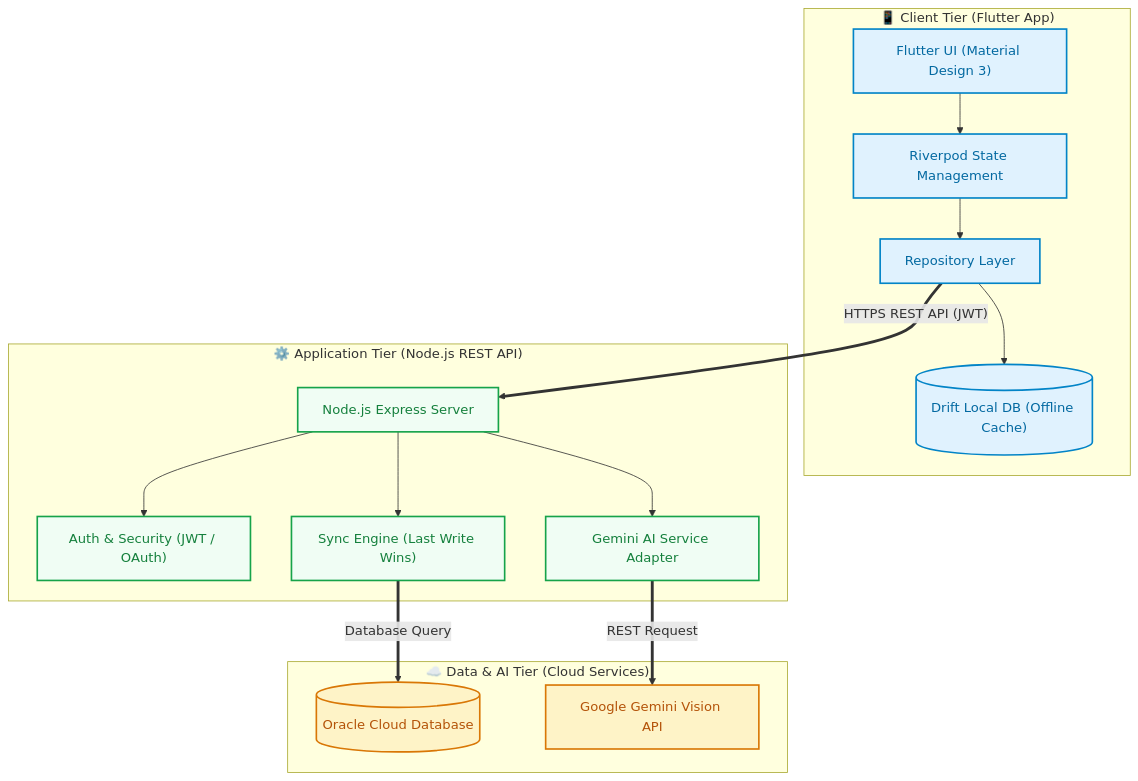
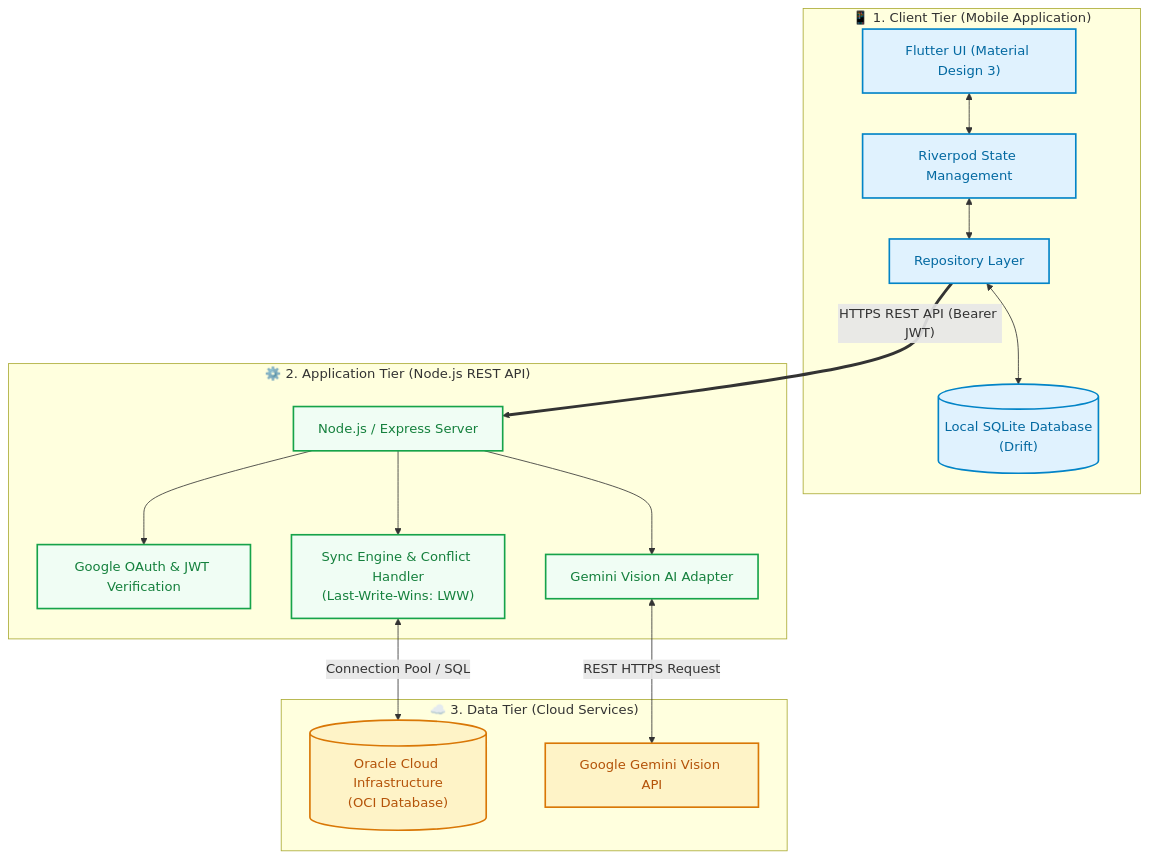
One commit to Tanabordi/FM-EAA changed the first of 4 diagrams in README.md. Above: the diagram before and after it, drawn with Mermaid. The commit also changed other lines of this file, not shown here.

````diff
--- a/README.md
+++ b/README.md
@@ -72,41 +98,42 @@
 ```mermaid
 flowchart TD
-    subgraph Client ["📱 Client Tier (Flutter App)"]
+    subgraph ClientTier ["📱 1. Client Tier (Mobile Application)"]
         UI["Flutter UI (Material Design 3)"]
-        State["Riverpod State Management"]
+        Riverpod["Riverpod State Management"]
         Repo["Repository Layer"]
-        Drift[("Drift Local DB (Offline Cache)")]
+        LocalDB[("Local SQLite Database<br/>(Drift)")]
 
-        UI --> State
-        State --> Repo
-        Repo --> Drift
+        UI <--> Riverpod
+        Riverpod <--> Repo
+        Repo <--> LocalDB
     end
 
-    subgraph Backend ["⚙️ Application Tier (Node.js REST API)"]
-        API["Node.js Express Server"]
-        Auth["Auth & Security (JWT / OAuth)"]
-        Sync["Sync Engine (Last Write Wins)"]
-        AIService["Gemini AI Service Adapter"]
+    subgraph BackendTier ["⚙️ 2. Application Tier (Node.js REST API)"]
+        API["Node.js / Express Server"]
+        AuthModule["Google OAuth & JWT Verification"]
+        SyncEngine["Sync Engine & Conflict Handler<br/>(Last-Write-Wins: LWW)"]
+        GeminiAdapter["Gemini Vision AI Adapter"]
 
-        API --> Auth
-        API --> Sync
-        API --> AIService
+        API --> AuthModule
+        API --> SyncEngine
+        API --> GeminiAdapter
     end
 
-    subgraph Cloud ["☁️ Data & AI Tier (Cloud Services)"]
-        OracleDB[("Oracle Cloud Database")]
-        GeminiAPI["Google Gemini Vision API"]
+    subgraph CloudTier ["☁️ 3. Data Tier (Cloud Services)"]
+        OracleDB[("Oracle Cloud Infrastructure<br/>(OCI Database)")]
+        GeminiCloud["Google Gemini Vision API"]
+
+        SyncEngine <-->|"Connection Pool / SQL"| OracleDB
+        GeminiAdapter <-->|"REST HTTPS Request"| GeminiCloud
     end
 
-    Repo ==>|"HTTPS REST API (JWT)"| API
-    Sync ==>|"Database Query"| OracleDB
-    AIService ==>|"REST Request"| GeminiAPI
+    Repo ==>|"HTTPS REST API (Bearer JWT)"| API
 
     classDef clientStyle fill:#e0f2fe,stroke:#0284c7,stroke-width:2px,color:#0369a1;
     classDef backendStyle fill:#f0fdf4,stroke:#16a34a,stroke-width:2px,color:#15803d;
     classDef cloudStyle fill:#fef3c7,stroke:#d97706,stroke-width:2px,color:#b45309;
 
-    class UI,State,Repo,Drift clientStyle;
-    class API,Auth,Sync,AIService backendStyle;
-    class OracleDB,GeminiAPI cloudStyle;
+    class UI,Riverpod,Repo,LocalDB clientStyle;
+    class API,AuthModule,SyncEngine,GeminiAdapter backendStyle;
+    class OracleDB,GeminiCloud cloudStyle;
 ```
````
